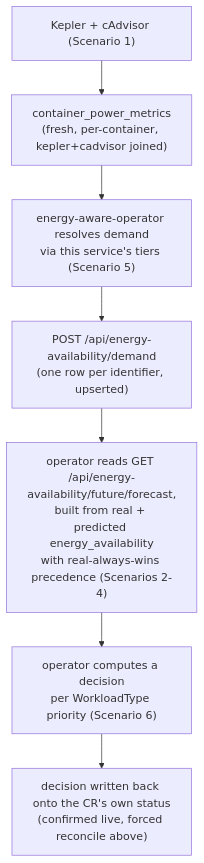
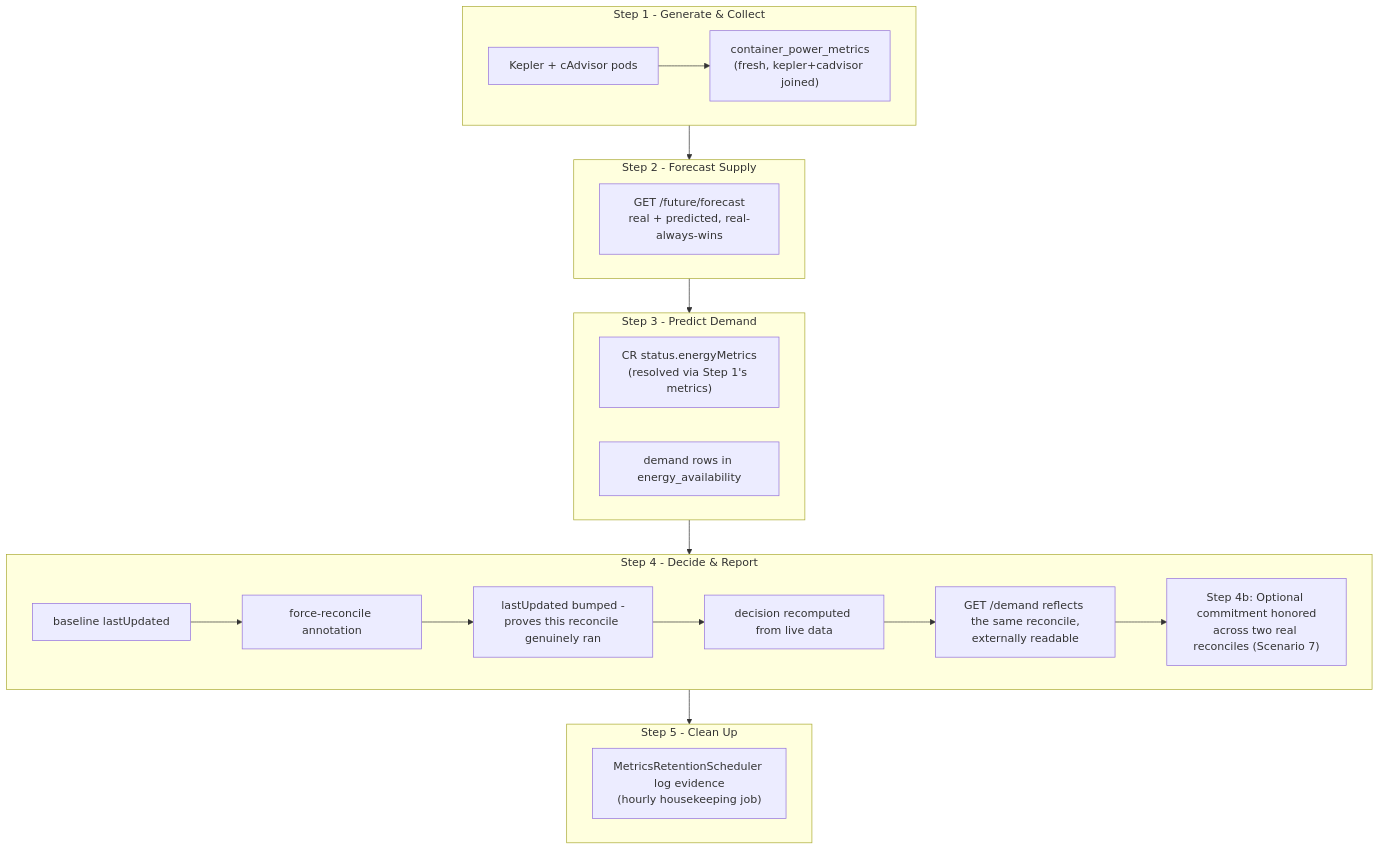
Before and after one commit to HIRO-MicroDataCenters-BV/energy-aware-orchestrator: the eighth of 8 diagrams in E2E_DEMO.md, drawn with Mermaid. The commit also changed other lines of this file and 5 other files, not shown here.

Commit message:
Fix stale demand reports for unchanged Optional decisions; sync demo/docs with real-CR verification

````diff
--- a/E2E_DEMO.md
+++ b/E2E_DEMO.md
@@ -532,9 +622,24 @@
 ```mermaid
 flowchart TD
-    A["Kepler + cAdvisor (Scenario 1)"] --> B["container_power_metrics<br/>(fresh, per-container, kepler+cadvisor joined)"]
-    B --> C["energy-aware-operator resolves demand<br/>via this service's tiers (Scenario 5)"]
-    C --> D["POST /api/energy-availability/demand<br/>(one row per identifier, upserted)"]
-    D --> E["operator reads GET /api/energy-availability/future/forecast,<br/>built from real + predicted energy_availability<br/>with real-always-wins precedence (Scenarios 2-4)"]
-    E --> F["operator computes a decision<br/>per WorkloadType priority (Scenario 6)"]
-    F --> G["decision written back onto the CR's own status<br/>(confirmed live, forced reconcile above)"]
+    subgraph S1["Step 1 - Generate & Collect"]
+      A1["Kepler + cAdvisor pods"] --> A2["container_power_metrics<br/>(fresh, kepler+cadvisor joined)"]
+    end
+    subgraph S2["Step 2 - Forecast Supply"]
+      B1["GET /future/forecast<br/>real + predicted, real-always-wins"]
+    end
+    subgraph S3["Step 3 - Predict Demand"]
+      C1["CR status.energyMetrics<br/>(resolved via Step 1's metrics)"]
+      C2["demand rows in energy_availability"]
+    end
+    subgraph S4["Step 4 - Decide & Report"]
+      D1["baseline lastUpdated"] --> D2["force-reconcile annotation"]
+      D2 --> D3["lastUpdated bumped -<br/>proves this reconcile genuinely ran"]
+      D3 --> D4["decision recomputed from live data"]
+      D4 --> D5["GET /demand reflects the same reconcile,<br/>externally readable"]
+      D5 --> D6["Step 4b: Optional commitment honored<br/>across two real reconciles (Scenario 7)"]
+    end
+    subgraph S5["Step 5 - Clean Up"]
+      E1["MetricsRetentionScheduler log evidence<br/>(hourly housekeeping job)"]
+    end
+    S1 --> S2 --> S3 --> S4 --> S5
 ```
````
